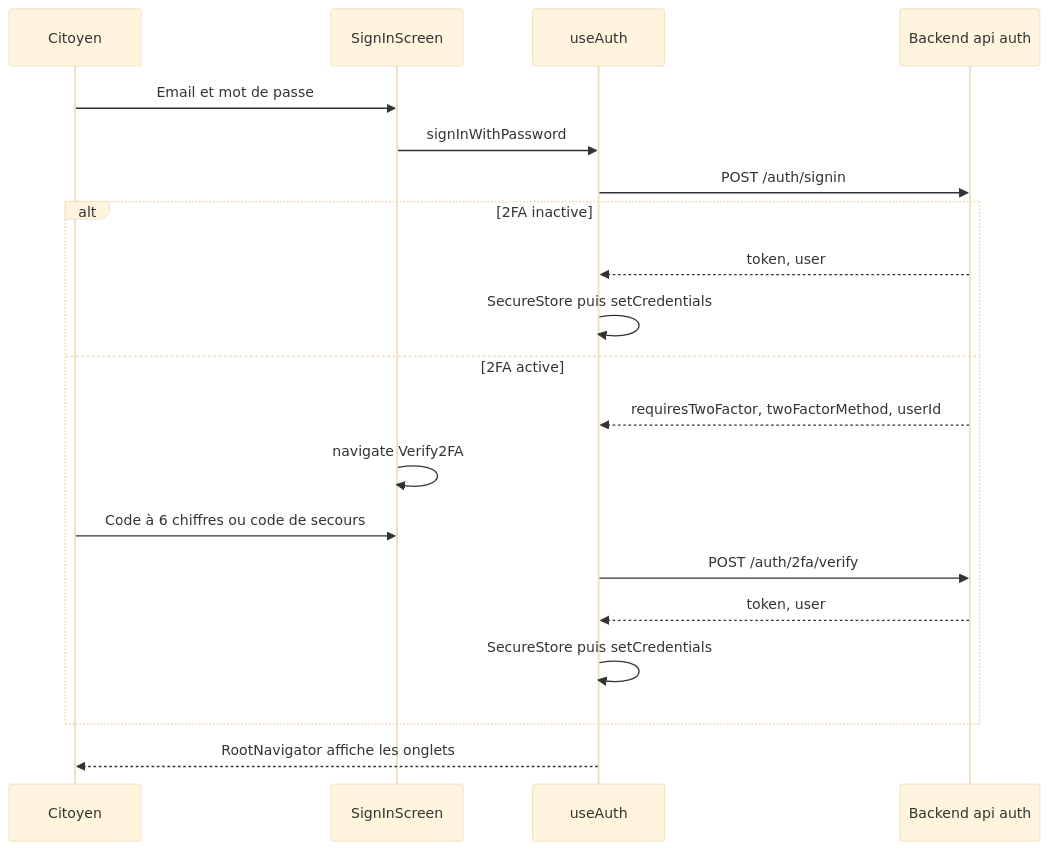
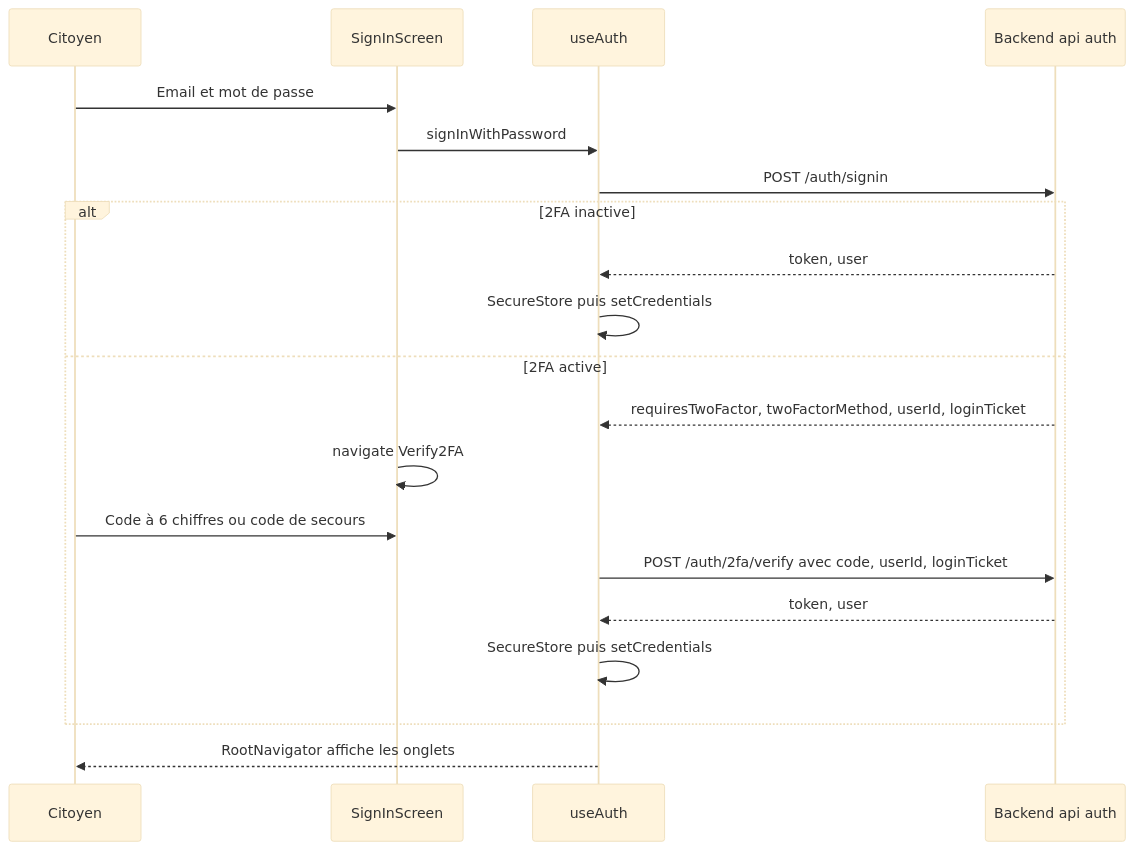
Before and after one commit to MarceauTDML/BlockLucky: the first of 2 diagrams in documentation-officielle/content/mobile/authentification.md, drawn with Mermaid (base theme). The commit also changed other lines of this file and 402 other files, not shown here.

````diff
--- a/documentation-officielle/content/mobile/authentification.md
+++ b/documentation-officielle/content/mobile/authentification.md
@@ -25,22 +25,22 @@
 ```mermaid
 sequenceDiagram
   participant U as Citoyen
   participant S as SignInScreen
   participant H as useAuth
   participant A as Backend api auth
   U->>S: Email et mot de passe
   S->>H: signInWithPassword
   H->>A: POST /auth/signin
   alt 2FA inactive
     A-->>H: token, user
     H->>H: SecureStore puis setCredentials
   else 2FA active
-    A-->>H: requiresTwoFactor, twoFactorMethod, userId
+    A-->>H: requiresTwoFactor, twoFactorMethod, userId, loginTicket
     S->>S: navigate Verify2FA
     U->>S: Code à 6 chiffres ou code de secours
-    H->>A: POST /auth/2fa/verify
+    H->>A: POST /auth/2fa/verify avec code, userId, loginTicket
     A-->>H: token, user
     H->>H: SecureStore puis setCredentials
   end
   H-->>U: RootNavigator affiche les onglets
 ```
````
